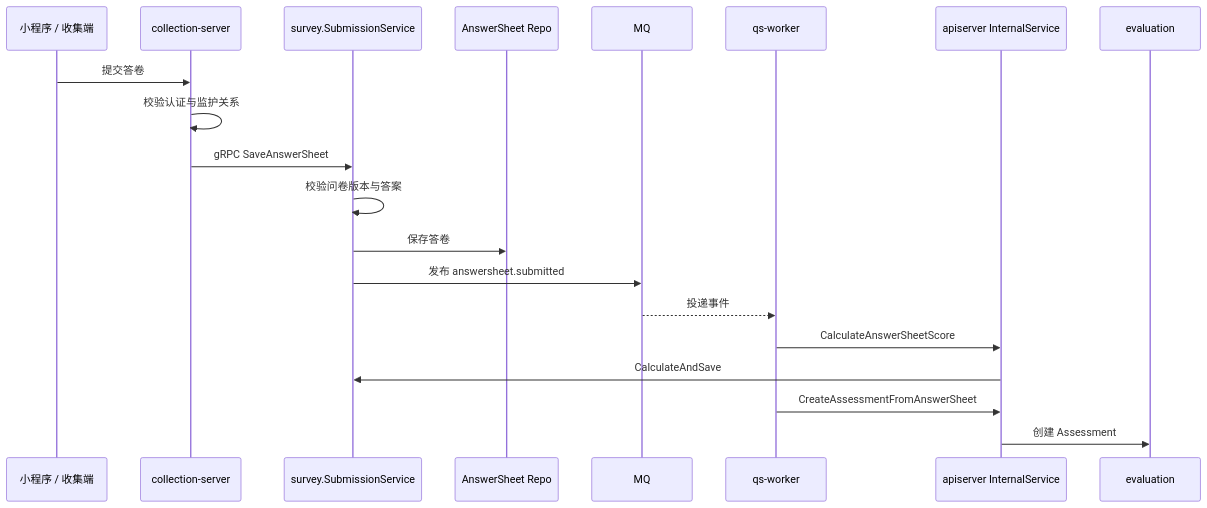
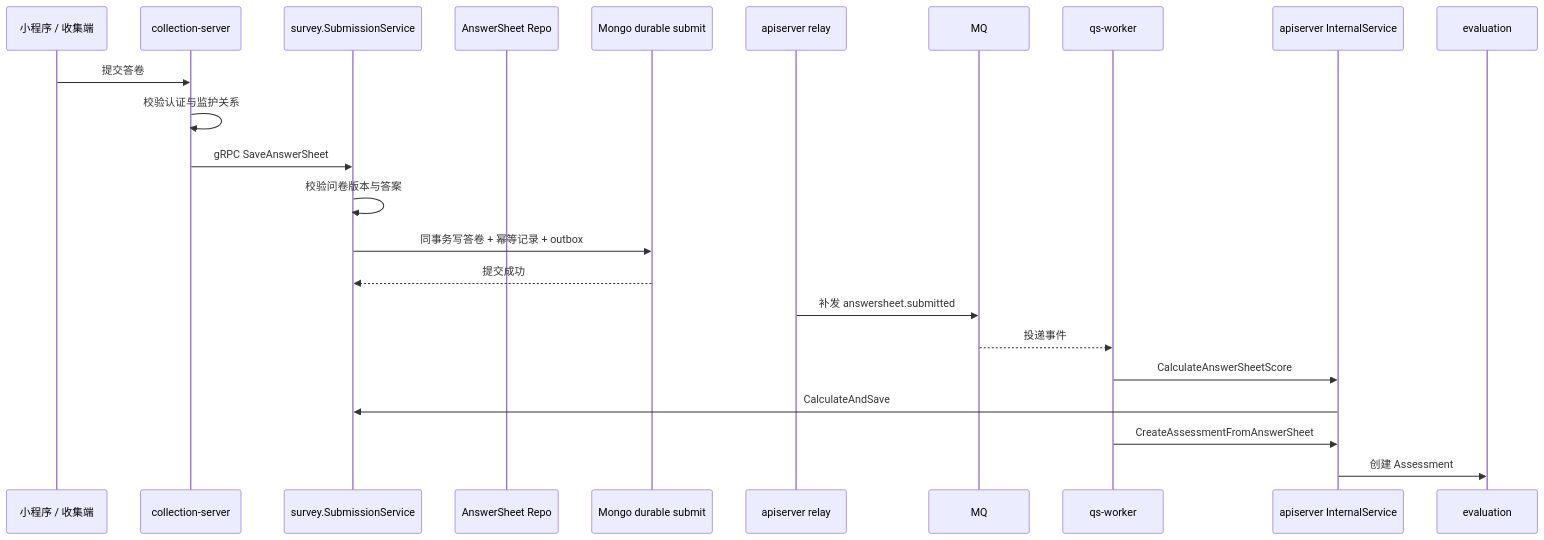
The fifth of 6 diagrams in docs/02-业务模块/01-survey.md (FangcunMount/qs-server), drawn with Mermaid before and after one commit. The commit also changed other lines of this file and 41 other files, not shown here.

````diff
--- a/docs/02-业务模块/01-survey.md
+++ b/docs/02-业务模块/01-survey.md
@@ -325,23 +325,26 @@
 ```mermaid
 sequenceDiagram
     participant Client as 小程序 / 收集端
     participant BFF as collection-server
     participant Survey as survey.SubmissionService
     participant Repo as AnswerSheet Repo
+    participant Mongo as Mongo durable submit
+    participant Relay as apiserver relay
     participant MQ as MQ
     participant Worker as qs-worker
     participant Internal as apiserver InternalService
     participant Eval as evaluation
 
     Client->>BFF: 提交答卷
     BFF->>BFF: 校验认证与监护关系
     BFF->>Survey: gRPC SaveAnswerSheet
     Survey->>Survey: 校验问卷版本与答案
-    Survey->>Repo: 保存答卷
-    Survey->>MQ: 发布 answersheet.submitted
+    Survey->>Mongo: 同事务写答卷 + 幂等记录 + outbox
+    Mongo-->>Survey: 提交成功
+    Relay->>MQ: 补发 answersheet.submitted
     MQ-->>Worker: 投递事件
     Worker->>Internal: CalculateAnswerSheetScore
     Internal->>Survey: CalculateAndSave
     Worker->>Internal: CreateAssessmentFromAnswerSheet
     Internal->>Eval: 创建 Assessment
 ```
````
